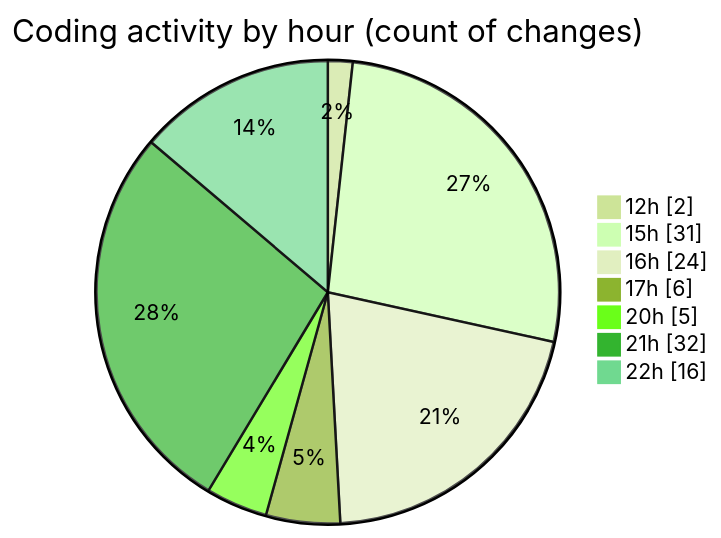
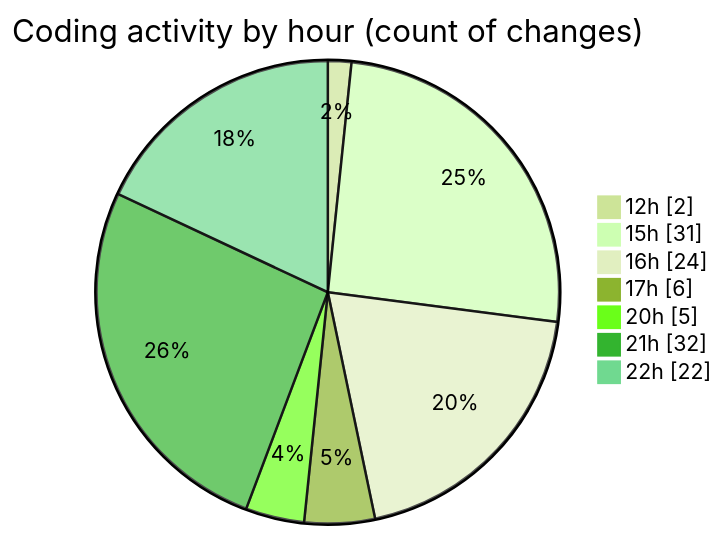
Before and after one commit to momahboobian/code-tracking: the second of 2 diagrams in 2025-02-26/cda/README.md, drawn with Mermaid (forest theme). The commit also changed other lines of this file and 1 other file, not shown here.

````diff
--- a/2025-02-26/cda/README.md
+++ b/2025-02-26/cda/README.md
@@ -48,11 +48,11 @@
 ```mermaid
 pie showData
 title Coding activity by hour (count of changes)
 "12h" : 2
 "15h" : 31
 "16h" : 24
 "17h" : 6
 "20h" : 5
 "21h" : 32
-"22h" : 16
+"22h" : 22
 ```
````
